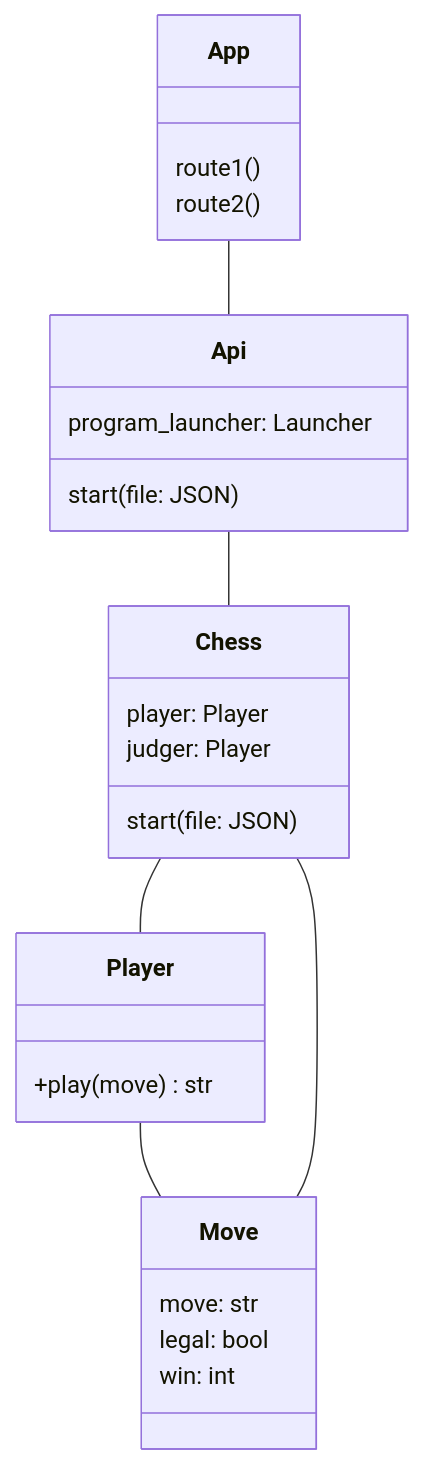
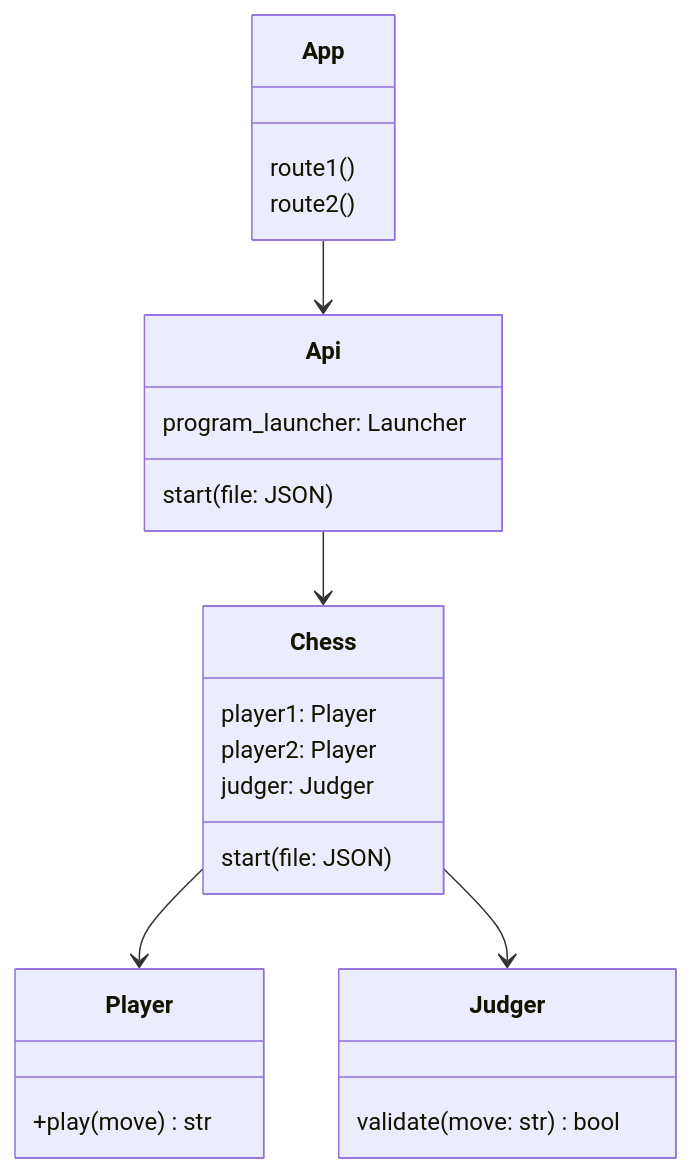
The second of 2 diagrams in docs/architecture.md (game-ai-platform-team/tira-ai-platform), drawn with Mermaid before and after one commit.

Commit message:
docs(17): Add Judger for validating moves

````diff
--- a/docs/architecture.md
+++ b/docs/architecture.md
@@ -40,35 +40,33 @@
 ```mermaid
 classDiagram
 
-App -- Api
-Api -- Chess
-Chess -- Player
-Player -- Move
-Chess -- Move
-
-class Move {
-    move: str
-    legal: bool
-    win: int
-}
+App --> Api
+Api --> Chess
+Chess --> Player
+Chess --> Judger
 
 class Chess {
     start(file: JSON)
-    player: Player
-    judger: Player
+    player1: Player
+    player2: Player
+    judger: Judger
+}
+
+class Judger {
+    validate(move: str) bool
 }
 
 class Player {
     +play(move) str
 }
 
 class Api {
     start(file: JSON)
     program_launcher: Launcher
 }
 
 class App {
     route1()
     route2()
 }
 ```
````
